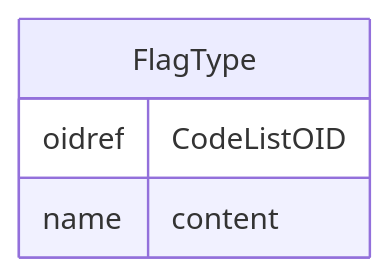
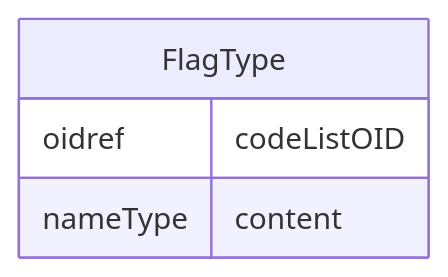
One commit to cdisc-org/DataExchange-ODM-LinkML changed the diagram in docs/FlagType.md. Above: the diagram before and after it, drawn with Mermaid. The commit also changed other lines of this file and 759 other files, not shown here.

````diff
--- a/docs/FlagType.md
+++ b/docs/FlagType.md
@@ -11,10 +11,10 @@
 ```mermaid
 erDiagram
 FlagType {
-    oidref CodeListOID  
-    name content  
+    oidref codeListOID  
+    nameType content  
 }
 
 
 
 ```
````
